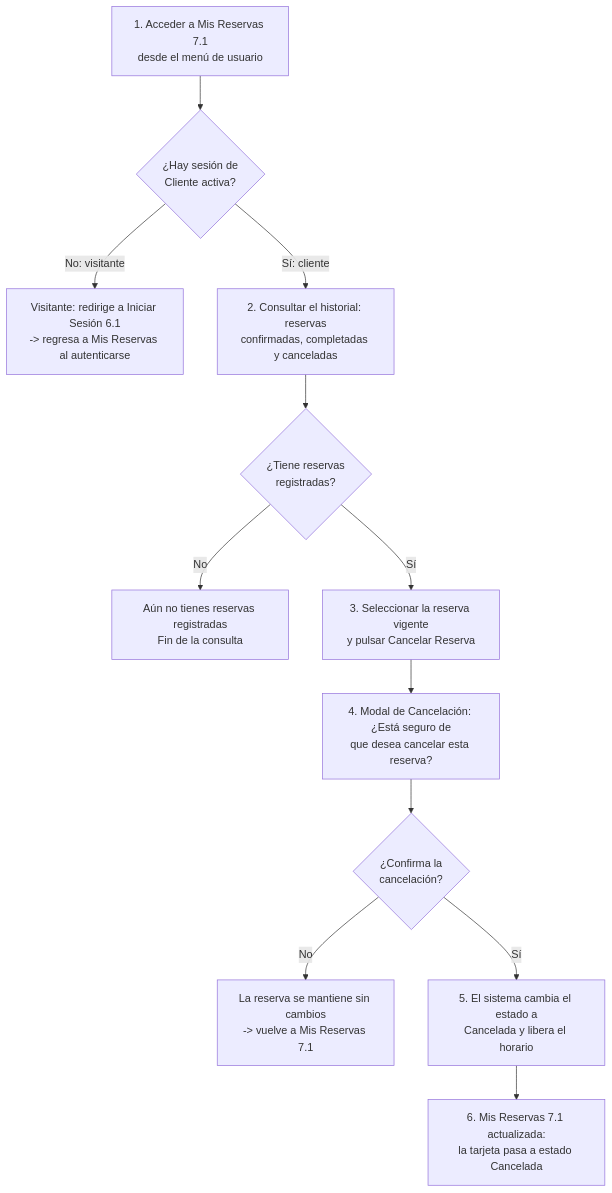
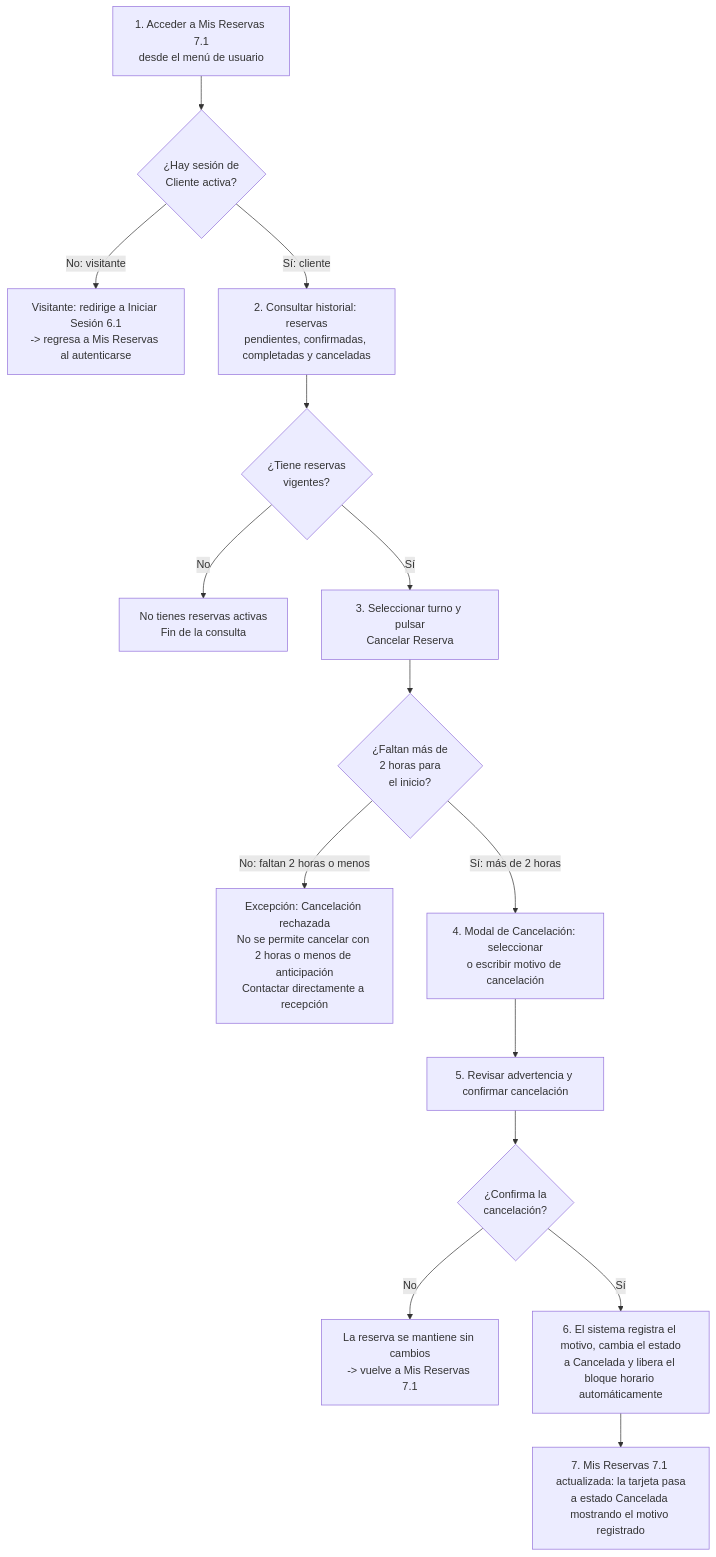
The eighth of 12 diagrams in README.md (WalterJoel18/Sw-para-reserva-de-canchas-e-instalaciones-deportivas), drawn with Mermaid before and after one commit. The commit also changed other lines of this file, not shown here.

````diff
--- a/README.md
+++ b/README.md
@@ -1021,14 +1082,19 @@
 ```mermaid
 flowchart TD
     P1["1. Acceder a Mis Reservas 7.1\ndesde el menú de usuario"] --> D1{"¿Hay sesión de\nCliente activa?"}
     D1 -->|No: visitante| E1["Visitante: redirige a Iniciar Sesión 6.1\n-> regresa a Mis Reservas al autenticarse"]
-    D1 -->|Sí: cliente| P2["2. Consultar el historial: reservas\nconfirmadas, completadas y canceladas"]
-    P2 --> D2{"¿Tiene reservas\nregistradas?"}
-    D2 -->|No| E2["Aún no tienes reservas registradas\nFin de la consulta"]
-    D2 -->|Sí| P3["3. Seleccionar la reserva vigente\ny pulsar Cancelar Reserva"]
-    P3 --> P4["4. Modal de Cancelación: ¿Está seguro de\nque desea cancelar esta reserva?"]
-    P4 --> D3{"¿Confirma la\ncancelación?"}
-    D3 -->|No| E3["La reserva se mantiene sin cambios\n-> vuelve a Mis Reservas 7.1"]
-    D3 -->|Sí| P5["5. El sistema cambia el estado a\nCancelada y libera el horario"]
-    P5 --> P6["6. Mis Reservas 7.1 actualizada:\nla tarjeta pasa a estado Cancelada"]
+    D1 -->|Sí: cliente| P2["2. Consultar historial: reservas\npendientes, confirmadas, completadas y canceladas"]
+    P2 --> D2{"¿Tiene reservas\nvigentes?"}
+    D2 -->|No| E2["No tienes reservas activas\nFin de la consulta"]
+    D2 -->|Sí| P3["3. Seleccionar turno y pulsar\nCancelar Reserva"]
+    P3 --> D3{"¿Faltan más de\n2 horas para\nel inicio?"}
+    
+    D3 -->|No: faltan 2 horas o menos| E3["Excepción: Cancelación rechazada\nNo se permite cancelar con 2 horas o menos de anticipación\nContactar directamente a recepción"]
+    D3 -->|Sí: más de 2 horas| P4["4. Modal de Cancelación: seleccionar\no escribir motivo de cancelación"]
+    
+    P4 --> P5["5. Revisar advertencia y confirmar cancelación"]
+    P5 --> D4{"¿Confirma la\ncancelación?"}
+    D4 -->|No| E4["La reserva se mantiene sin cambios\n-> vuelve a Mis Reservas 7.1"]
+    D4 -->|Sí| P6["6. El sistema registra el motivo, cambia el estado\na Cancelada y libera el bloque horario automáticamente"]
+    P6 --> P7["7. Mis Reservas 7.1 actualizada: la tarjeta pasa\na estado Cancelada mostrando el motivo registrado"]
 ```
````
